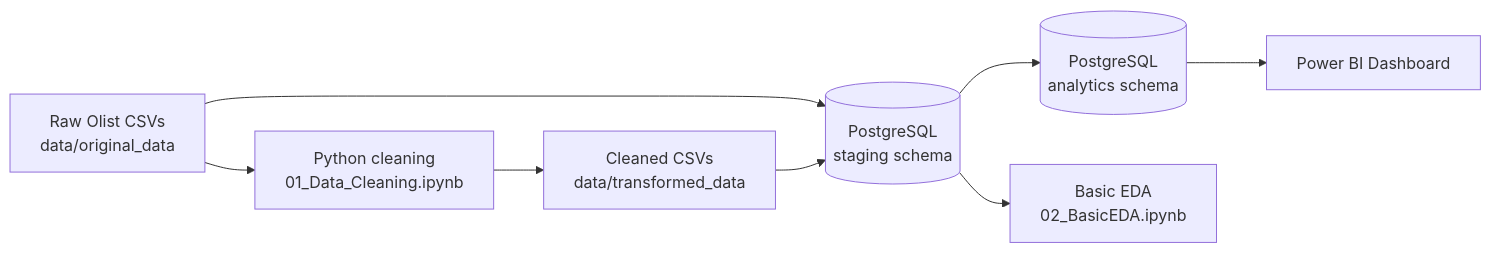
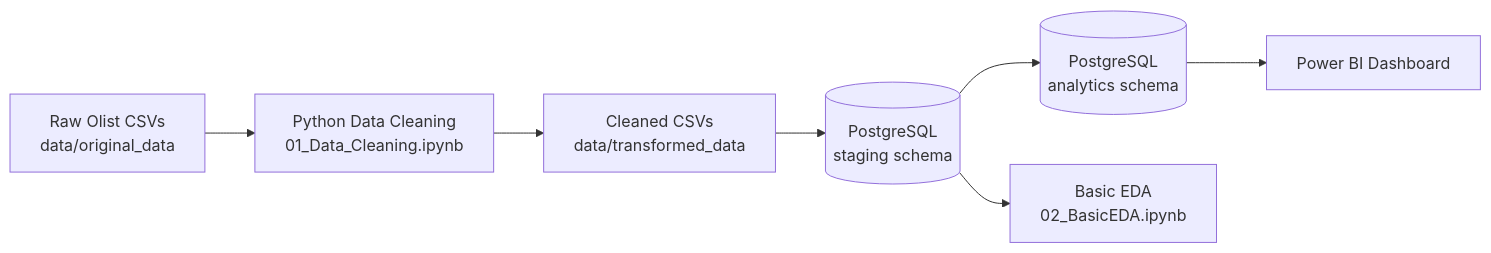
Before and after one commit to ArunNegi112/Olist-E2E-analytics-pipeline: the diagram in README.md, drawn with Mermaid. The commit also changed other lines of this file, not shown here.

````diff
--- a/README.md
+++ b/README.md
@@ -98,10 +99,17 @@
 ```mermaid
 flowchart LR
-    A["Raw Olist CSVs<br/>data/original_data"] --> B["Python cleaning<br/>01_Data_Cleaning.ipynb"]
-    B --> C["Cleaned CSVs<br/>data/transformed_data"]
-    A --> D
-    C --> D[("PostgreSQL<br/>staging schema")]
-    D --> E[("PostgreSQL<br/>analytics schema")]
-    D --> F["Basic EDA<br/>02_BasicEDA.ipynb"]
-    E --> G["Power BI Dashboard"]
+    A["Raw Olist CSVs<br/>data/original_data"]
+    B["Python Data Cleaning<br/>01_Data_Cleaning.ipynb"]
+    C["Cleaned CSVs<br/>data/transformed_data"]
+    D[("PostgreSQL<br/>staging schema")]
+    E[("PostgreSQL<br/>analytics schema")]
+    F["Basic EDA<br/>02_BasicEDA.ipynb"]
+    G["Power BI Dashboard"]
+
+    A --> B
+    B --> C
+    C --> D
+    D --> E
+    D --> F
+    E --> G
 ```
````
